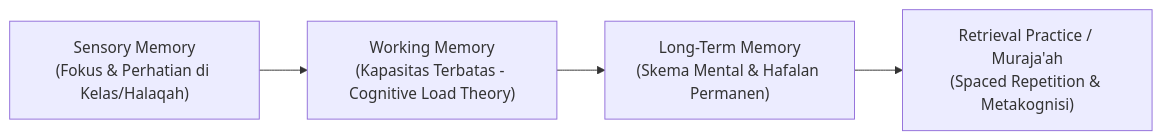
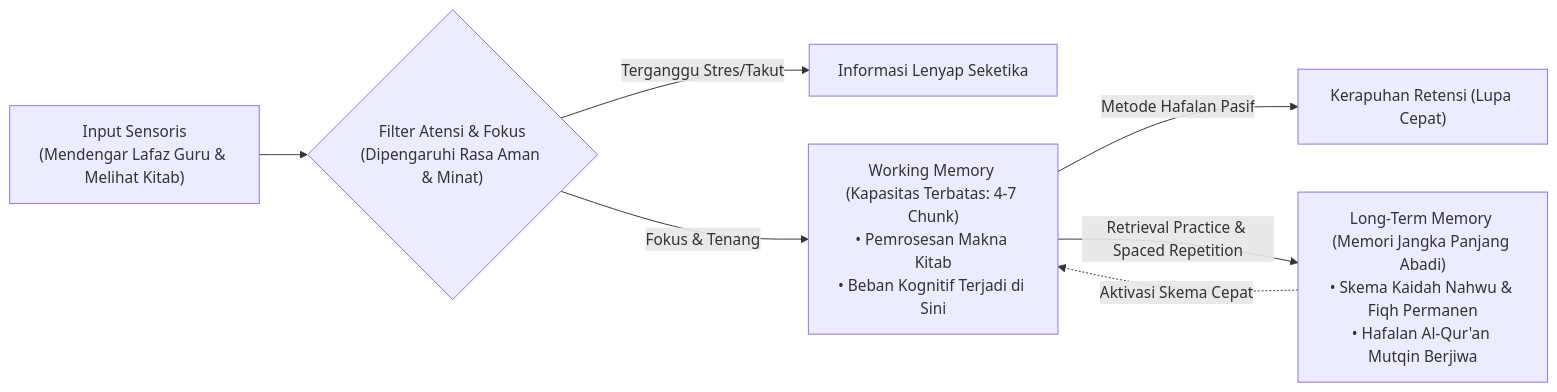
Before and after one commit to wandiapriliyandi/tumbuh: the diagram in .agents/skills/pakar-psikologi-belajar/SKILL.md, drawn with Mermaid. The commit also changed other lines of this file and 22 other files, not shown here.

````diff
--- a/.agents/skills/pakar-psikologi-belajar/SKILL.md
+++ b/.agents/skills/pakar-psikologi-belajar/SKILL.md
@@ -17,6 +37,11 @@
 ```mermaid
 graph LR
-    Sensory["Sensory Memory<br/>(Fokus & Perhatian di Kelas/Halaqah)"] --> Working["Working Memory<br/>(Kapasitas Terbatas - Cognitive Load Theory)"]
-    Working --> LongTerm["Long-Term Memory<br/>(Skema Mental & Hafalan Permanen)"]
-    LongTerm --> Retrieval["Retrieval Practice / Muraja'ah<br/>(Spaced Repetition & Metakognisi)"]
+    Sensory["Input Sensoris<br/>(Mendengar Lafaz Guru & Melihat Kitab)"] --> Atensi{"Filter Atensi & Fokus<br/>(Dipengaruhi Rasa Aman & Minat)"}
+    Atensi -->|Terganggu Stres/Takut| Hilang["Informasi Lenyap Seketika"]
+    Atensi -->|Fokus & Tenang| WM["Working Memory (Kapasitas Terbatas: 4-7 Chunk)<br/>• Pemrosesan Makna Kitab<br/>• Beban Kognitif Terjadi di Sini"]
+    
+    WM -->|Metode Hafalan Pasif| Lupa["Kerapuhan Retensi (Lupa Cepat)"]
+    WM -->|Retrieval Practice & Spaced Repetition| LTM["Long-Term Memory (Memori Jangka Panjang Abadi)<br/>• Skema Kaidah Nahwu & Fiqh Permanen<br/>• Hafalan Al-Qur'an Mutqin Berjiwa"]
+    
+    LTM -.->|Aktivasi Skema Cepat| WM
 ```
````
